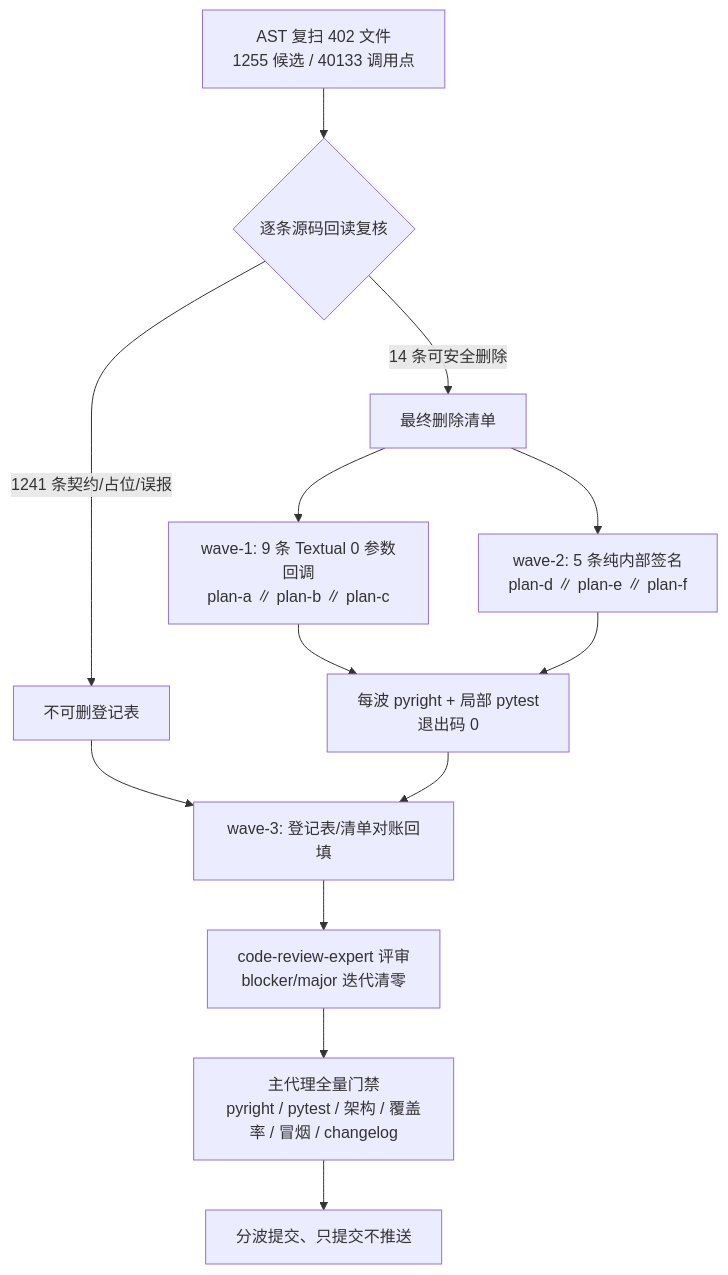
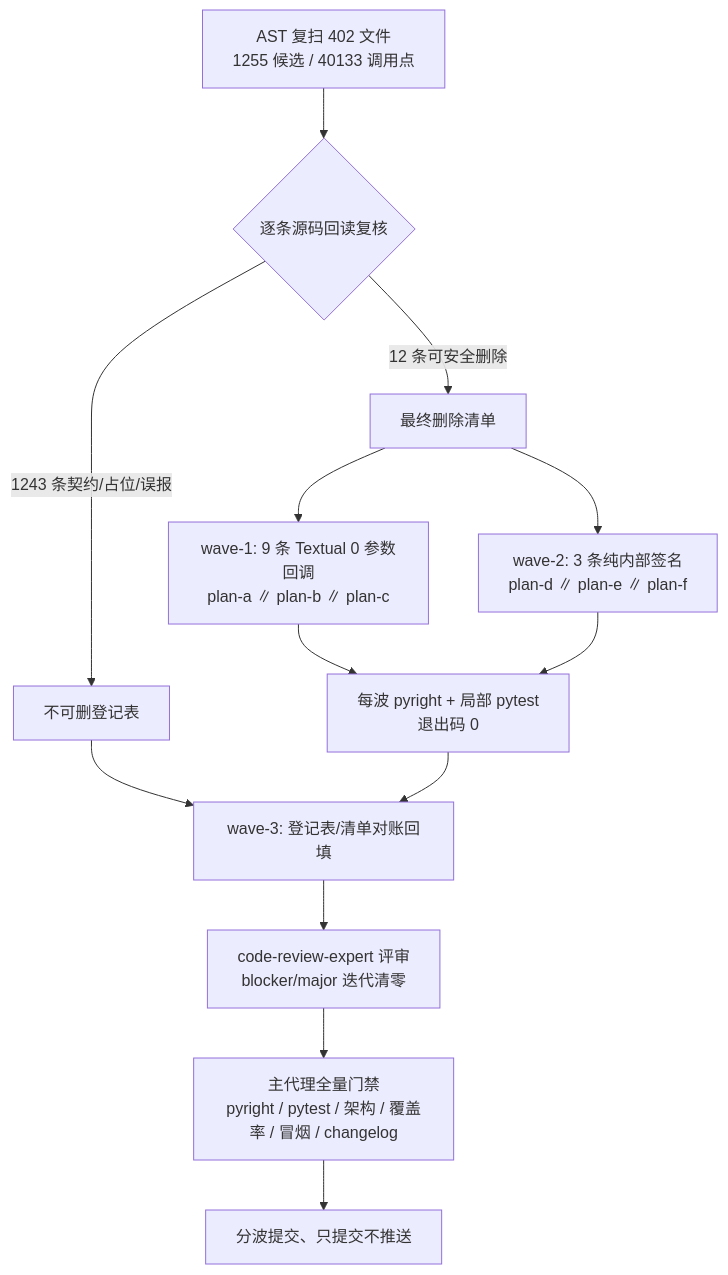
The diagram in .trae/documents/unused-symbols-cleanup-plans/overview.md (BigThxBrigde/yate), drawn with Mermaid before and after one commit. The commit also changed other lines of this file and 14 other files, not shown here.

````diff
--- a/.trae/documents/unused-symbols-cleanup-plans/overview.md
+++ b/.trae/documents/unused-symbols-cleanup-plans/overview.md
@@ -92,15 +92,15 @@
 ```mermaid
 flowchart TD
     S["AST 复扫 402 文件<br/>1255 候选 / 40133 调用点"] --> R{"逐条源码回读复核"}
-    R -->|"14 条可安全删除"| D["最终删除清单"]
-    R -->|"1241 条契约/占位/误报"| K["不可删登记表"]
+    R -->|"12 条可安全删除"| D["最终删除清单"]
+    R -->|"1243 条契约/占位/误报"| K["不可删登记表"]
     D --> W1["wave-1: 9 条 Textual 0 参数回调<br/>plan-a ∥ plan-b ∥ plan-c"]
-    D --> W2["wave-2: 5 条纯内部签名<br/>plan-d ∥ plan-e ∥ plan-f"]
+    D --> W2["wave-2: 3 条纯内部签名<br/>plan-d ∥ plan-e ∥ plan-f"]
     W1 --> G["每波 pyright + 局部 pytest<br/>退出码 0"]
     W2 --> G
     K --> W3["wave-3: 登记表/清单对账回填"]
     G --> W3
     W3 --> REV["code-review-expert 评审<br/>blocker/major 迭代清零"]
     REV --> GATE["主代理全量门禁<br/>pyright / pytest / 架构 / 覆盖率 / 冒烟 / changelog"]
     GATE --> COMMIT["分波提交、只提交不推送"]
 ```
````
